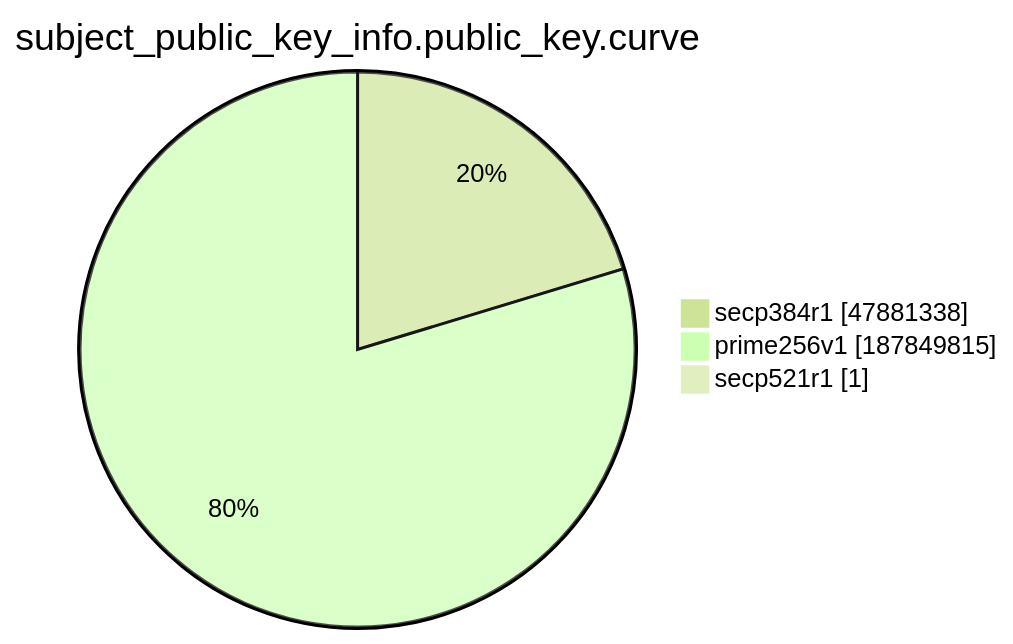
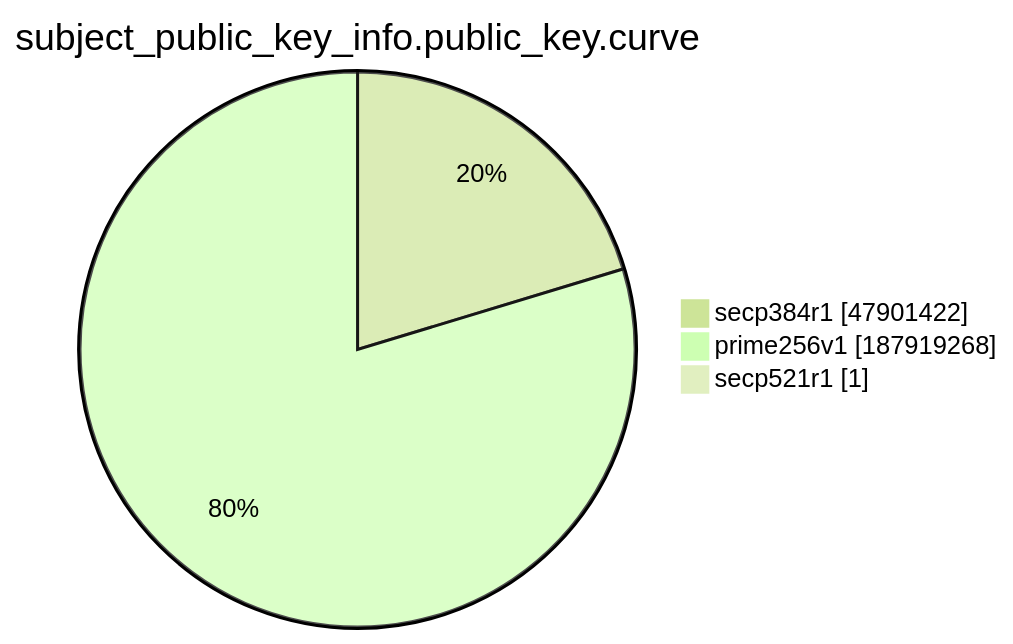
One commit to christiankrug/ctmonitor_visualization changed the ninth of 15 diagrams in xenon2022/README.md. Above: the diagram before and after it, drawn with Mermaid (forest theme). The commit also changed other lines of this file, not shown here.

````diff
--- a/xenon2022/README.md
+++ b/xenon2022/README.md
@@ -2874,7 +2874,7 @@
 ```mermaid
 pie showData
 title subject_public_key_info.public_key.curve
-"secp384r1" :47881338
-"prime256v1" :187849815
+"secp384r1" :47901422
+"prime256v1" :187919268
 "secp521r1" :1
 ```
````
